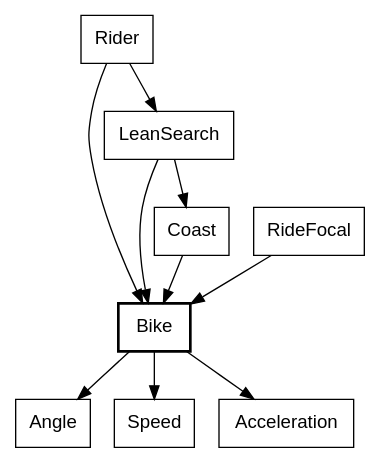
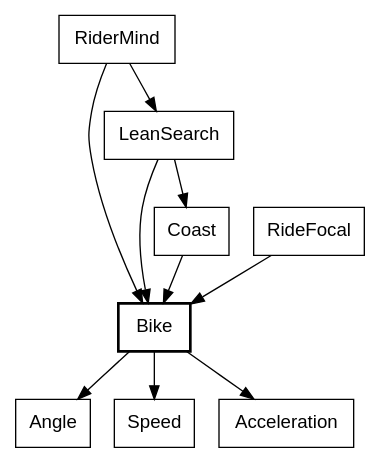
One commit to showell/roc-apps changed diagram 16 of 35 in canvas_apps/safari/tutorial/tutorial.md. Above: the diagram before and after it, drawn with Graphviz. The commit also changed other lines of this file and 3 other files, not shown here.

Commit message:
Safari: rename the module Rider (the rider's mind) to RiderMind

````diff
--- a/canvas_apps/safari/tutorial/tutorial.md
+++ b/canvas_apps/safari/tutorial/tutorial.md
@@ -1560,15 +1560,15 @@
 ```dot
 digraph bike {
   node [shape=box, fontname="Helvetica"];
   Bike [style=bold];
-  Rider -> Bike;
-  Rider -> LeanSearch;
+  RiderMind -> Bike;
+  RiderMind -> LeanSearch;
   Coast -> Bike;
   LeanSearch -> Bike;
   LeanSearch -> Coast;
   RideFocal -> Bike;
   Bike -> Angle;
   Bike -> Speed;
   Bike -> Acceleration;
 }
 ```
````
